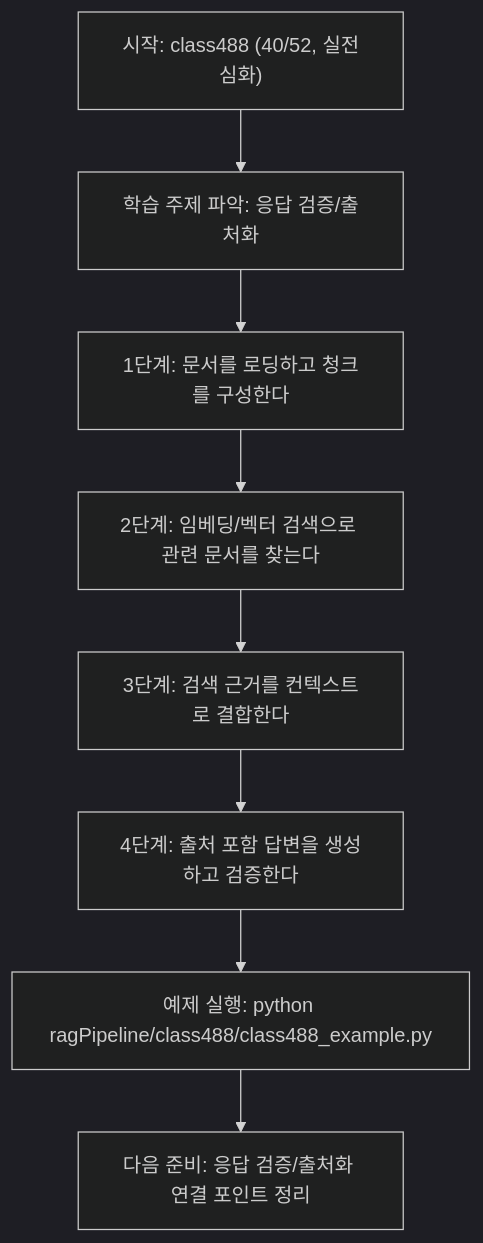
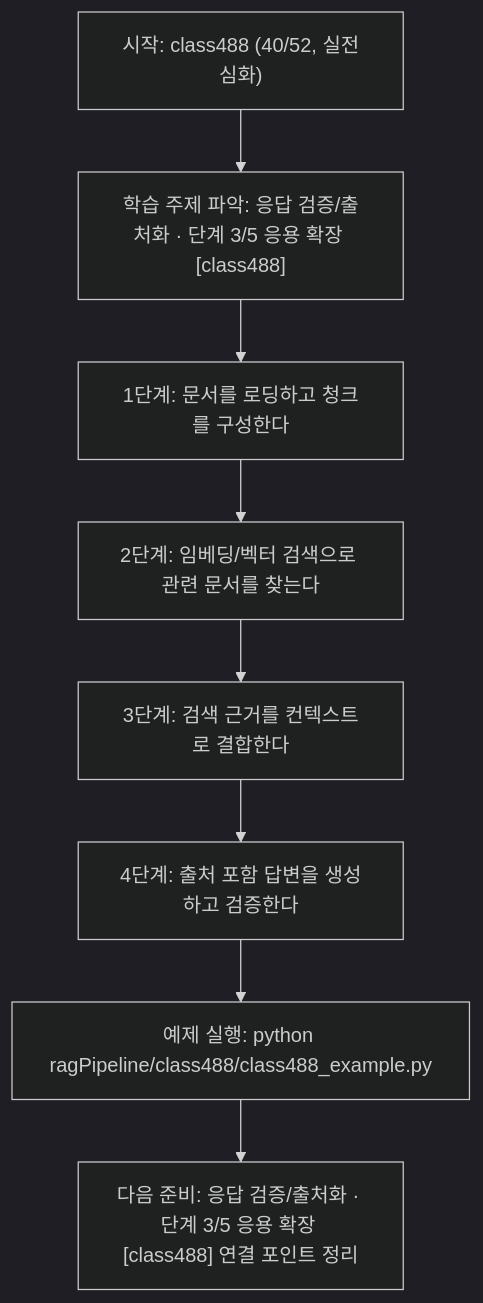
One commit to edumgt/Python-AI_Agent-Class changed the diagram in ragPipeline/class488/class488.md. Above: the diagram before and after it, drawn with Mermaid (dark theme). The commit also changed other lines of this file and 522 other files, not shown here.

````diff
--- a/ragPipeline/class488/class488.md
+++ b/ragPipeline/class488/class488.md
@@ -110,18 +111,18 @@
 ```mermaid
 flowchart TD
 N1["시작: class488 (40/52, 실전심화)"]
-N2["학습 주제 파악: 응답 검증/출처화"]
+N2["학습 주제 파악: 응답 검증/출처화 · 단계 3/5 응용 확장 [class488]"]
 N3["1단계: 문서를 로딩하고 청크를 구성한다"]
 N4["2단계: 임베딩/벡터 검색으로 관련 문서를 찾는다"]
 N5["3단계: 검색 근거를 컨텍스트로 결합한다"]
 N6["4단계: 출처 포함 답변을 생성하고 검증한다"]
 N7["예제 실행: python ragPipeline/class488/class488_example.py"]
-N8["다음 준비: 응답 검증/출처화 연결 포인트 정리"]
+N8["다음 준비: 응답 검증/출처화 · 단계 3/5 응용 확장 [class488] 연결 포인트 정리"]
 N1 --> N2
 N2 --> N3
 N3 --> N4
 N4 --> N5
 N5 --> N6
 N6 --> N7
 N7 --> N8
 ```
````
